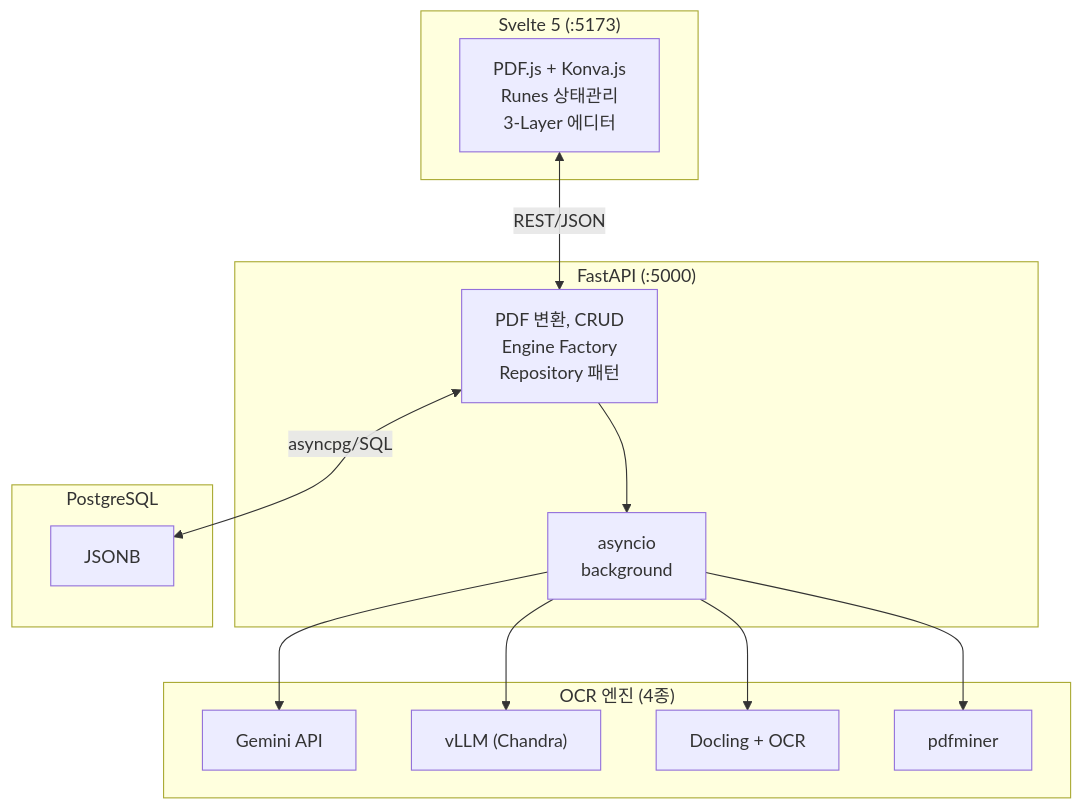
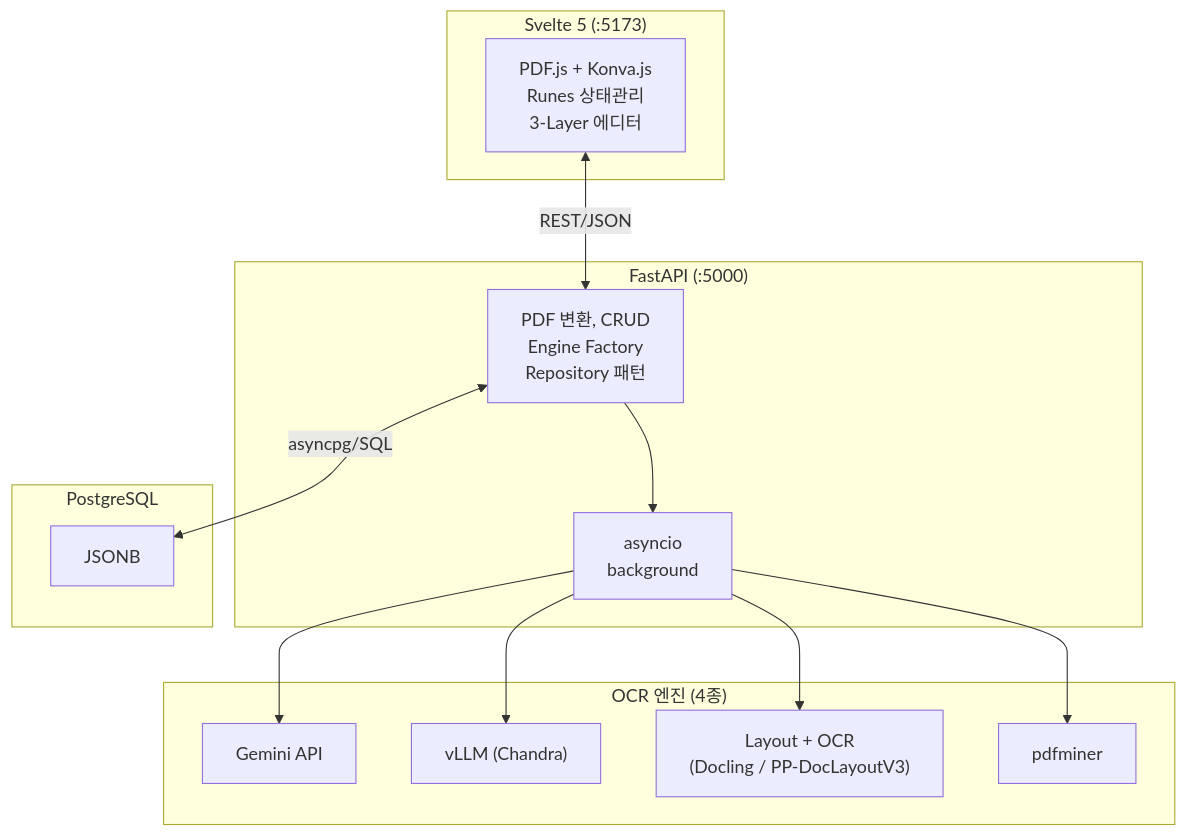
Before and after one commit to appleparan/saegim: the diagram in README.md, drawn with Mermaid. The commit also changed other lines of this file and 5 other files, not shown here.

First line of the commit message:
docs: update architecture docs for PP-DocLayoutV3 and layout_provider

````diff
--- a/README.md
+++ b/README.md
@@ -11,30 +11,30 @@
 ```mermaid
 graph TB
     subgraph Frontend ["Svelte 5 (:5173)"]
         FE["PDF.js + Konva.js<br/>Runes 상태관리<br/>3-Layer 에디터"]
     end
 
     subgraph Backend ["FastAPI (:5000)"]
         API["PDF 변환, CRUD<br/>Engine Factory<br/>Repository 패턴"]
         BG["asyncio<br/>background"]
     end
 
     subgraph DB ["PostgreSQL"]
         PG["JSONB"]
     end
 
     subgraph OCR ["OCR 엔진 (4종)"]
         GEMINI["Gemini API"]
         VLLM["vLLM (Chandra)"]
-        DOCLING_OCR["Docling + OCR"]
+        SPLIT["Layout + OCR<br/>(Docling / PP-DocLayoutV3)"]
         PDFMINER["pdfminer"]
     end
 
     FE <-->|"REST/JSON"| API
     API <-->|"asyncpg/SQL"| PG
     API --> BG
     BG --> GEMINI
     BG --> VLLM
-    BG --> DOCLING_OCR
+    BG --> SPLIT
     BG --> PDFMINER
 ```
````
